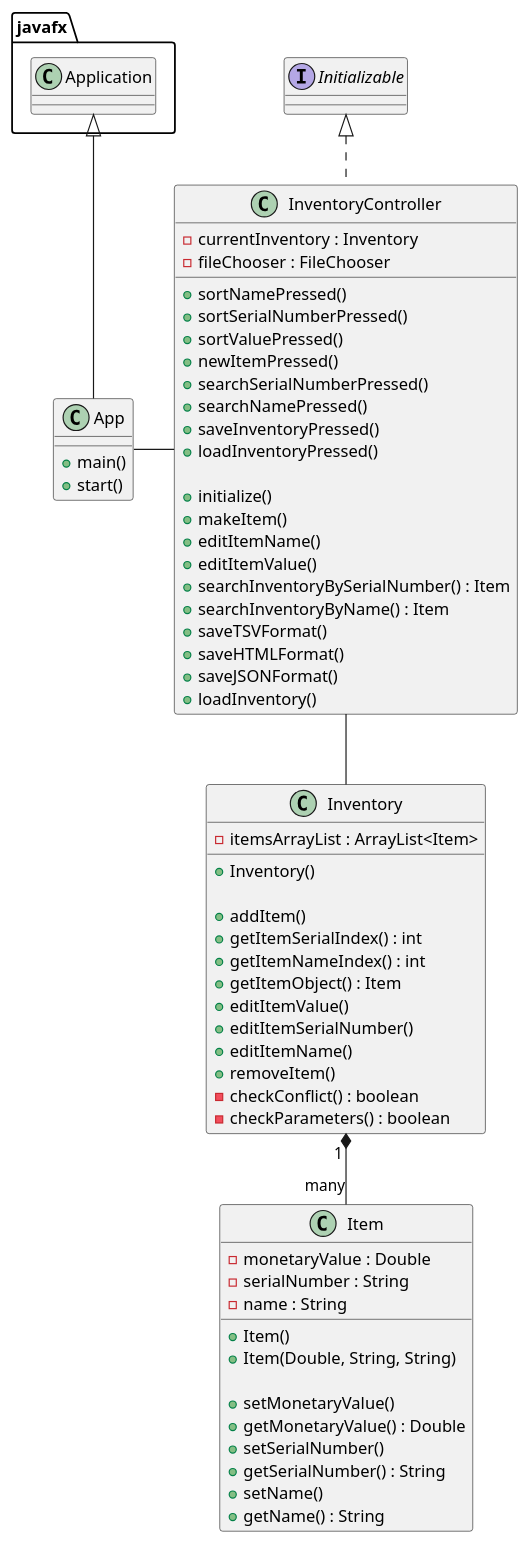
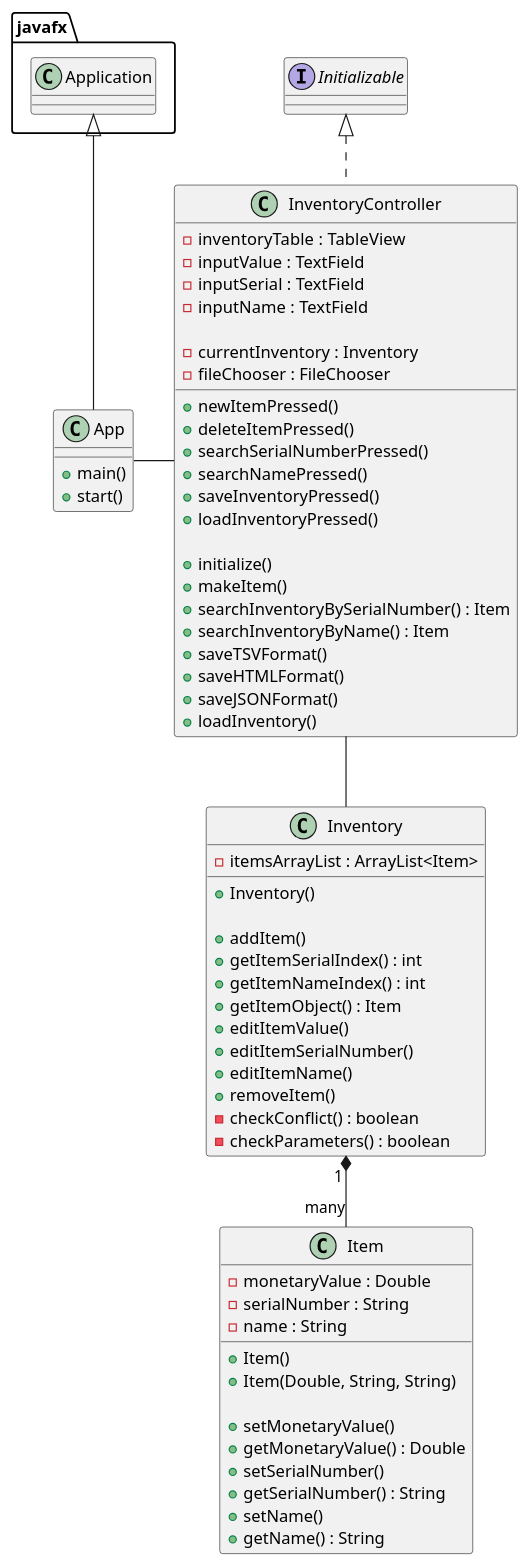
Before and after one commit to kieran-l-jimenez/jimenez-2990-a5: the diagram in uml/InventoryDiagram.puml, drawn with PlantUML. The commit also changed 11 other files, not shown here.

```diff
--- a/uml/InventoryDiagram.puml
+++ b/uml/InventoryDiagram.puml
@@ -1,98 +1,100 @@
 @startuml
 'https://plantuml.com/class-diagram
 
 interface Initializable{}
 
 class App {
     + main()
     + start()
 }
 
 class InventoryController {
+- inventoryTable : TableView
+- inputValue : TextField
+- inputSerial : TextField
+- inputName : TextField
+
 - currentInventory : Inventory
 '13.2, 14.1
 - fileChooser : FileChooser
 
 '1
-'10
-+ sortNamePressed()
-'9
-+ sortSerialNumberPressed()
-'8
-+ sortValuePressed()
+'8-10 handled in TableView
 '3
 + newItemPressed()
+'4
++ deleteItemPressed()
 '11
 + searchSerialNumberPressed()
 '12
 + searchNamePressed()
 '13.0
 + saveInventoryPressed()
 '14.0
 + loadInventoryPressed()
 
 + initialize()
 + makeItem()
-'7
-+ editItemName()
-+ editItemValue()
+'7 handled in TableView
+'+ editItemName()
+'+ editItemValue()
 'TODO + invalidSerialNumber(), open popup error window if I can figure out multiple tabs, otherwise change a text box to say error next to newItem button, calls search
 + searchInventoryBySerialNumber() : Item
 + searchInventoryByName() : Item
 '13.1.1
 + saveTSVFormat()
 '13.1.2
 + saveHTMLFormat()
 '13.1.3
 + saveJSONFormat()
 + loadInventory()
 }
 
 class Inventory {
 - itemsArrayList : ArrayList<Item>
 
 + Inventory()
 
 '3.0, calls checkConflict
 + addItem()
 + getItemSerialIndex() : int
 + getItemNameIndex() : int
 + getItemObject() : Item
 '5
 + editItemValue()
 '6.0, calls checkConflict
 + editItemSerialNumber()
 '7
 + editItemName()
 '4
 + removeItem()
 '3.1, 6.1
 - checkConflict() : boolean
 - checkParameters() : boolean
 }
 
 class Item {
 '2.1
 -monetaryValue : Double
 '2.2
 -serialNumber : String
 '2.3
 -name : String
 
 + Item()
 + Item(Double, String, String)
 
 + setMonetaryValue()
 + getMonetaryValue() : Double
 + setSerialNumber()
 + getSerialNumber() : String
 + setName()
 + getName() : String
 }
 
 javafx.Application <|-- App
 App - InventoryController
 Initializable <|.. InventoryController
 InventoryController -- Inventory
 Inventory "1 " *-- "many" Item
 @enduml
```
